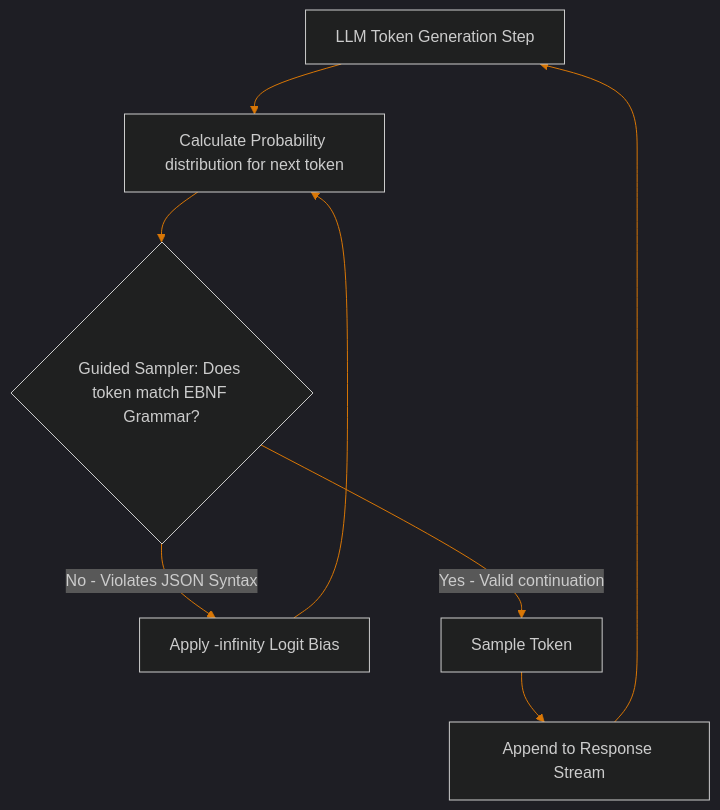
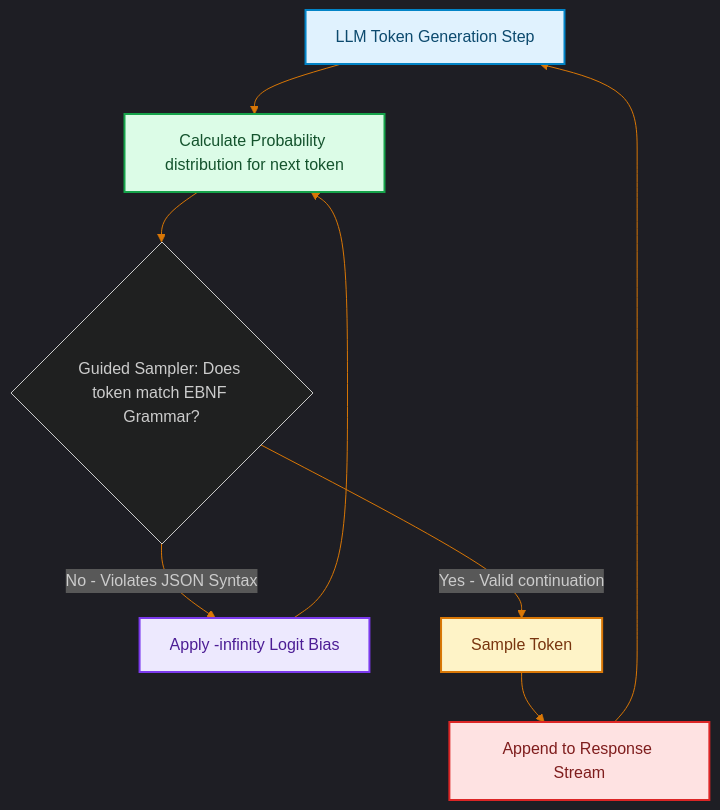
One commit to akmalkhaniub/akmalkhaniub.github.io changed the diagram in blog/posts/hardening-structured-llm-outputs-context-free-grammars.md. Above: the diagram before and after it, drawn with Mermaid. The commit also changed other lines of this file and 1291 other files, not shown here.

First line of the commit message:
feat(catalog): unique covers, scholarly references, and diagram palettes

````diff
--- a/blog/posts/hardening-structured-llm-outputs-context-free-grammars.md
+++ b/blog/posts/hardening-structured-llm-outputs-context-free-grammars.md
@@ -15,13 +15,24 @@
 ```mermaid
 %%{init: {'theme': 'dark', 'themeVariables': { 'primaryColor': '#d97706', 'primaryTextColor': '#f3f4f6', 'primaryBorderColor': '#f59e0b', 'lineColor': '#d97706', 'secondaryColor': '#111827', 'tertiaryColor': '#0b0f19'}}}%%
 flowchart TD
-    Prompt[LLM Token Generation Step] --> Logits[Calculate Probability distribution for next token]
+    Prompt["LLM Token Generation Step"] --> Logits["Calculate Probability distribution for next token"]
     Logits --> Filter{Guided Sampler: Does token match EBNF Grammar?}
     
-    Filter -->|No - Violates JSON Syntax| Mask[Apply -infinity Logit Bias]
+    Filter -->|No - Violates JSON Syntax| Mask["Apply -infinity Logit Bias"]
     Mask --> Logits
     
-    Filter -->|Yes - Valid continuation| Sample[Sample Token]
-    Sample --> Append[Append to Response Stream]
+    Filter -->|Yes - Valid continuation| Sample["Sample Token"]
+    Sample --> Append["Append to Response Stream"]
     Append --> Prompt
+
+classDef green fill:#dcfce7,stroke:#16a34a,stroke-width:2px,color:#14532d;
+classDef red fill:#fee2e2,stroke:#dc2626,stroke-width:2px,color:#7f1d1d;
+classDef blue fill:#e0f2fe,stroke:#0284c7,stroke-width:2px,color:#0c4a6e;
+classDef yellow fill:#fef3c7,stroke:#d97706,stroke-width:2px,color:#78350f;
+classDef purple fill:#ede9fe,stroke:#7c3aed,stroke-width:2px,color:#4c1d95;
+class Prompt blue
+class Logits green
+class Mask purple
+class Sample yellow
+class Append red
 ```
````
